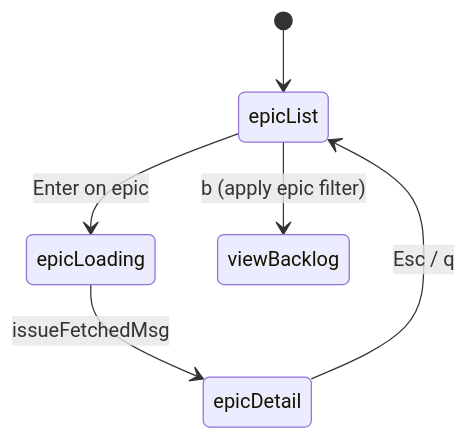
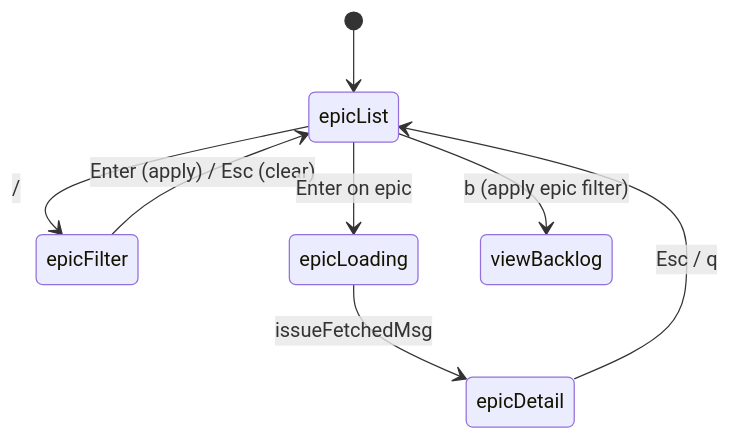
The second of 6 diagrams in docs/state-machines.md (justinmklam/tira), drawn with Mermaid before and after one commit. The commit also changed other lines of this file and 6 other files, not shown here.

Commit message:
feat: add keybinding to filter epics list

````diff
--- a/docs/state-machines.md
+++ b/docs/state-machines.md
@@ -88,8 +88,10 @@
 ```mermaid
 stateDiagram-v2
     [*] --> epicList
+    epicList --> epicFilter : /
+    epicFilter --> epicList : Enter (apply) / Esc (clear)
     epicList --> epicLoading : Enter on epic
     epicLoading --> epicDetail : issueFetchedMsg
     epicDetail --> epicList : Esc / q
     epicList --> viewBacklog : b (apply epic filter)
 ```
````
